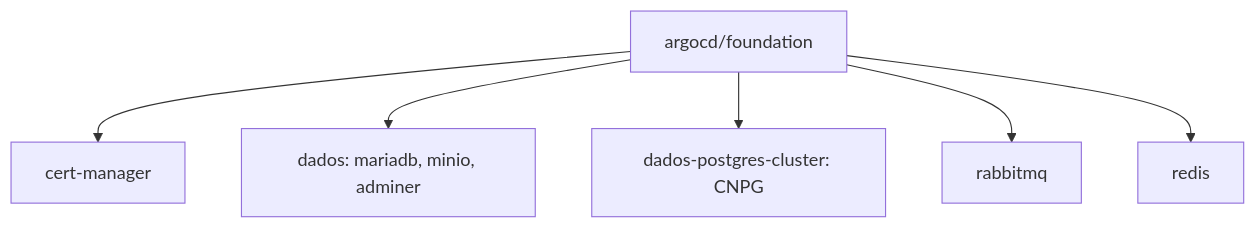
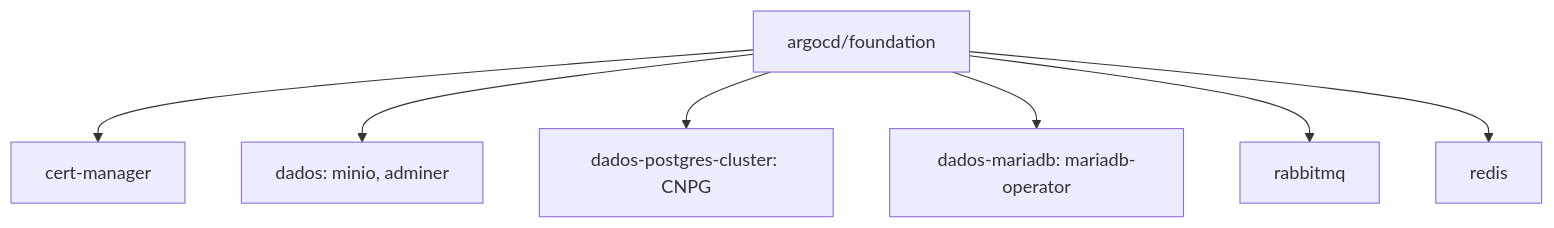
The first of 2 diagrams in docs/arquitetura/foundation.md (ladesa-ro/infrastructure), drawn with Mermaid before and after one commit. The commit also changed other lines of this file and 2 other files, not shown here.

Commit message:
feat(mariadb): complete cutover, remove legacy deployment

````diff
--- a/docs/arquitetura/foundation.md
+++ b/docs/arquitetura/foundation.md
@@ -5,8 +5,9 @@
 ```mermaid
 flowchart TB
     Foundation[argocd/foundation] --> CertManager[cert-manager]
-    Foundation --> Dados[dados: mariadb, minio, adminer]
+    Foundation --> Dados[dados: minio, adminer]
     Foundation --> PostgresCluster[dados-postgres-cluster: CNPG]
+    Foundation --> MariaDBCluster[dados-mariadb: mariadb-operator]
     Foundation --> RabbitMQ[rabbitmq]
     Foundation --> Redis[redis]
 ```
````
